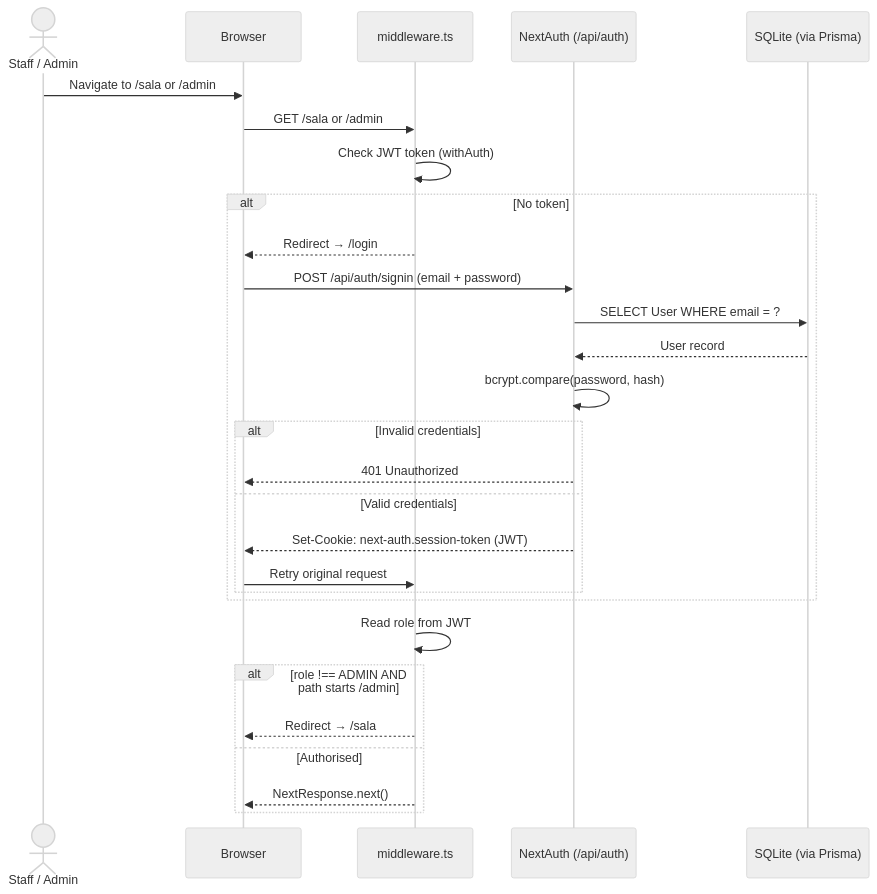
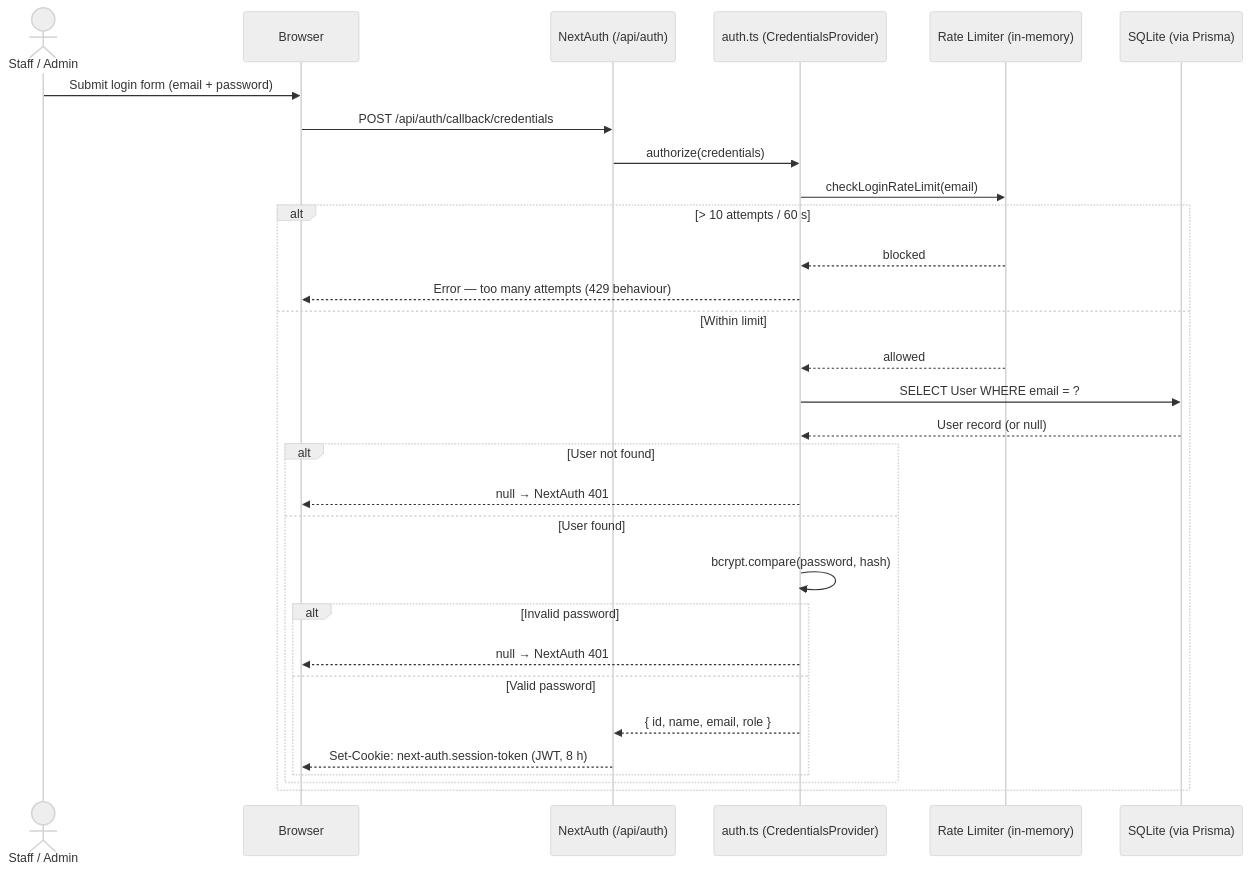
The first of 3 diagrams in docs/diagrams/auth-sequence.md (goncalovalverde/checkmesa), drawn with Mermaid (neutral theme) before and after one commit. The commit also changed other lines of this file and 3 other files, not shown here.

First line of the commit message:
docs: update auth diagrams, component diagram, ADR and README for auth-guard

````diff
--- a/docs/diagrams/auth-sequence.md
+++ b/docs/diagrams/auth-sequence.md
@@ -5,32 +13,33 @@
 ```mermaid
 sequenceDiagram
-    actor Staff as Staff / Admin
+    actor User as Staff / Admin
     participant Browser
-    participant Middleware as middleware.ts
     participant NextAuth as NextAuth (/api/auth)
+    participant AuthTS as auth.ts (CredentialsProvider)
+    participant RateLimit as Rate Limiter (in-memory)
     participant DB as SQLite (via Prisma)
 
-    Staff->>Browser: Navigate to /sala or /admin
-    Browser->>Middleware: GET /sala or /admin
-    Middleware->>Middleware: Check JWT token (withAuth)
-    alt No token
-        Middleware-->>Browser: Redirect → /login
-        Browser->>NextAuth: POST /api/auth/signin (email + password)
-        NextAuth->>DB: SELECT User WHERE email = ?
-        DB-->>NextAuth: User record
-        NextAuth->>NextAuth: bcrypt.compare(password, hash)
-        alt Invalid credentials
-            NextAuth-->>Browser: 401 Unauthorized
-        else Valid credentials
-            NextAuth-->>Browser: Set-Cookie: next-auth.session-token (JWT)
-            Browser->>Middleware: Retry original request
+    User->>Browser: Submit login form (email + password)
+    Browser->>NextAuth: POST /api/auth/callback/credentials
+    NextAuth->>AuthTS: authorize(credentials)
+    AuthTS->>RateLimit: checkLoginRateLimit(email)
+    alt > 10 attempts / 60 s
+        RateLimit-->>AuthTS: blocked
+        AuthTS-->>Browser: Error — too many attempts (429 behaviour)
+    else Within limit
+        RateLimit-->>AuthTS: allowed
+        AuthTS->>DB: SELECT User WHERE email = ?
+        DB-->>AuthTS: User record (or null)
+        alt User not found
+            AuthTS-->>Browser: null → NextAuth 401
+        else User found
+            AuthTS->>AuthTS: bcrypt.compare(password, hash)
+            alt Invalid password
+                AuthTS-->>Browser: null → NextAuth 401
+            else Valid password
+                AuthTS-->>NextAuth: { id, name, email, role }
+                NextAuth-->>Browser: Set-Cookie: next-auth.session-token (JWT, 8 h)
+            end
         end
     end
-
-    Middleware->>Middleware: Read role from JWT
-    alt role !== ADMIN AND path starts /admin
-        Middleware-->>Browser: Redirect → /sala
-    else Authorised
-        Middleware-->>Browser: NextResponse.next()
-    end
 ```
````
